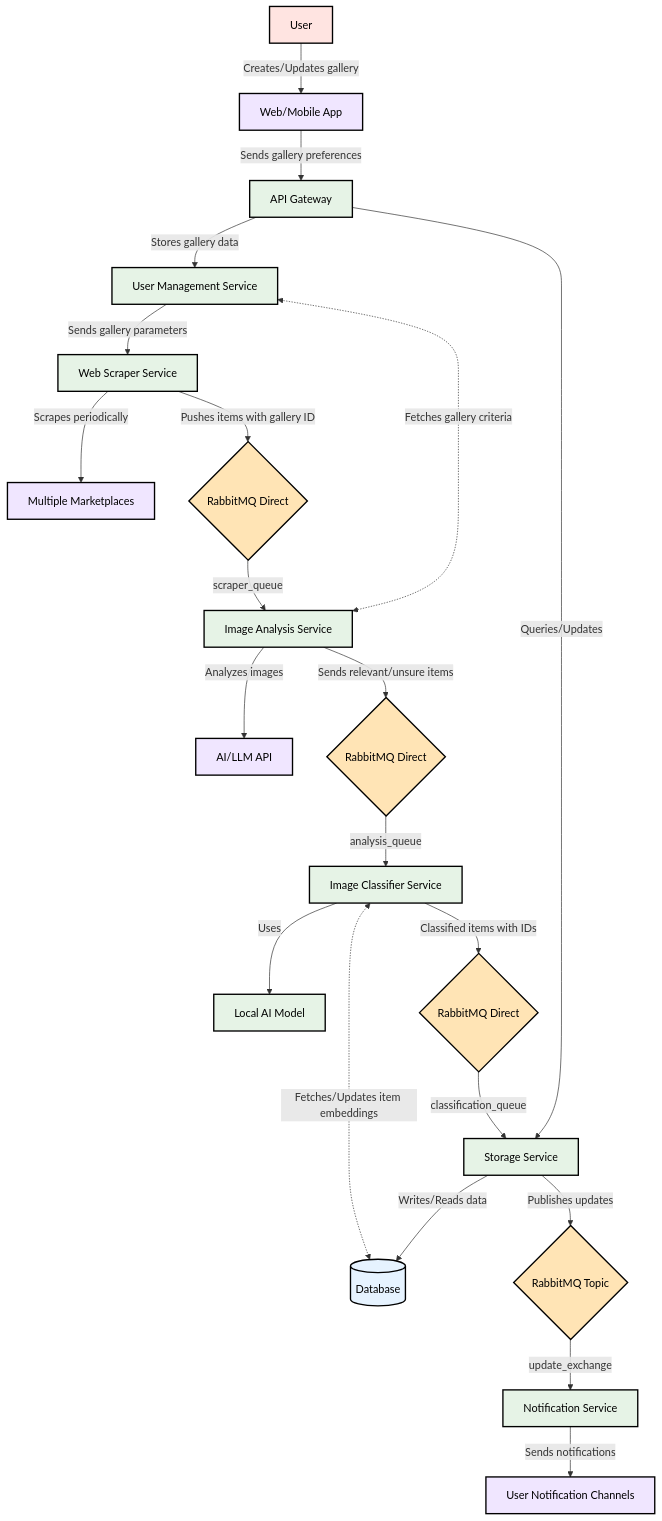
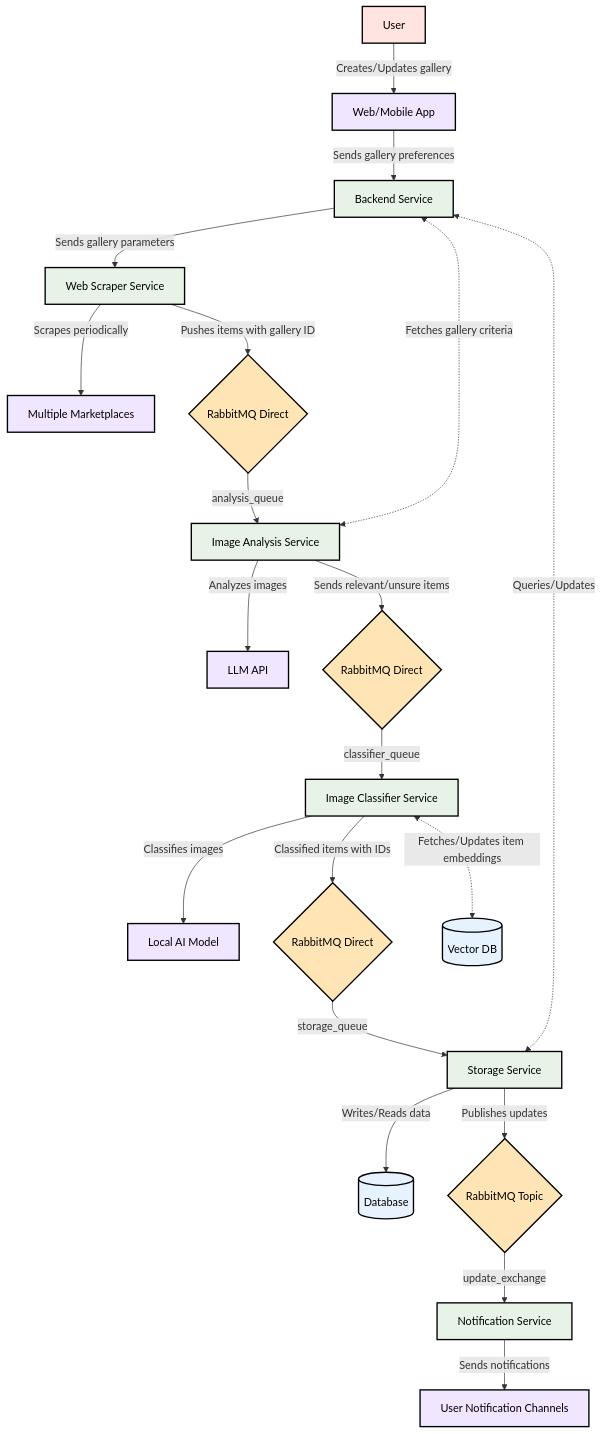
One commit to mhbka/itemtracker changed the diagram in README.md. Above: the diagram before and after it, drawn with Mermaid. The commit also changed 5 other files, not shown here.

````diff
--- a/README.md
+++ b/README.md
@@ -1,49 +1,48 @@
 ```mermaid
     graph TD
         %% Color definitions
         classDef service fill:#E6F3E6,stroke:#000,stroke-width:2px,color:#000;
         classDef queue fill:#FFE4B5,stroke:#000,stroke-width:2px,color:#000;
         classDef database fill:#E6F3FF,stroke:#000,stroke-width:2px,color:#000;
         classDef external fill:#F0E6FF,stroke:#000,stroke-width:2px,color:#000;
         classDef user fill:#FFE4E1,stroke:#000,stroke-width:2px,color:#000;
 
         S[User]:::user
         P[Web/Mobile App]:::external
-        O[API Gateway]:::service
-        Q[User Management Service]:::service
+        Q[Backend Service]:::service
         A[Web Scraper Service]:::service
         B[Multiple Marketplaces]:::external
         C{RabbitMQ Direct}:::queue
         D[Image Analysis Service]:::service
-        E[AI/LLM API]:::external
+        E[LLM API]:::external
         F{RabbitMQ Direct}:::queue
         G[Image Classifier Service]:::service
-        H[Local AI Model]:::service
+        H[Local AI Model]:::external
         I{RabbitMQ Direct}:::queue
         J[Storage Service]:::service
         K[(Database)]:::database
         L{RabbitMQ Topic}:::queue
         M[Notification Service]:::service
         N[User Notification Channels]:::external
+        Z[(Vector DB)]:::database
 
         S -->|Creates/Updates gallery| P
-        P -->|Sends gallery preferences| O
-        O -->|Stores gallery data| Q
+        P -->|Sends gallery preferences| Q
         Q -->|Sends gallery parameters| A
         A -->|Scrapes periodically| B
         A -->|Pushes items with gallery ID| C
-        C -->|scraper_queue| D
+        C -->|analysis_queue| D
         D <-.->|Fetches gallery criteria| Q
         D -->|Analyzes images| E
         D -->|Sends relevant/unsure items| F
-        F -->|analysis_queue| G
-        G -->|Uses| H
-        G <-.->|Fetches/Updates item embeddings| K
+        F -->|classifier_queue| G
+        G -->|Classifies images| H
+        G <-.->|Fetches/Updates item embeddings| Z
         G -->|Classified items with IDs| I
-        I -->|classification_queue| J
+        I -->|storage_queue| J
         J -->|Writes/Reads data| K
         J -->|Publishes updates| L
         L -->|update_exchange| M
         M -->|Sends notifications| N
-        O -->|Queries/Updates| J
+        Q <-.->|Queries/Updates| J
 ```
````
